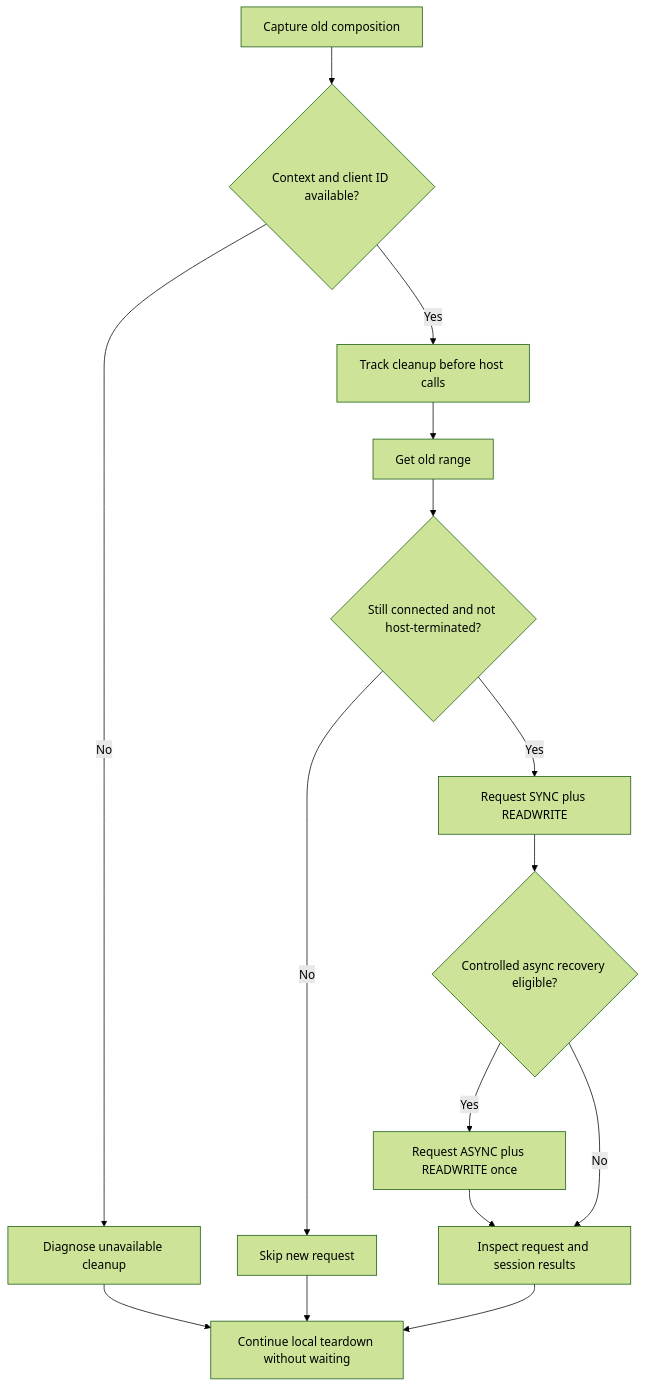
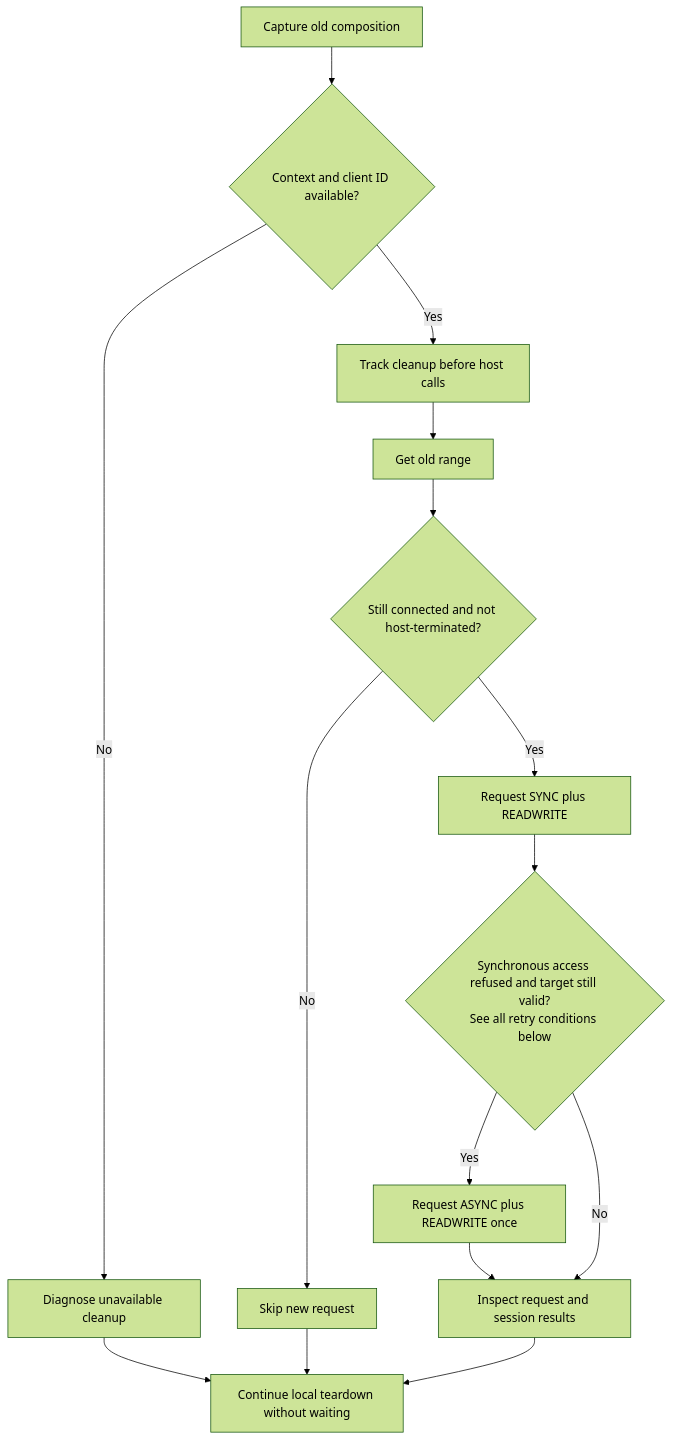
The fourth of 7 diagrams in docs/composition.md (cloudfyy/qiqiime), drawn with Mermaid (forest theme) before and after one commit. The commit also changed other lines of this file, not shown here.

````diff
--- a/docs/composition.md
+++ b/docs/composition.md
@@ -364,17 +368,17 @@
 ```mermaid
 flowchart TD
     Capture["Capture old composition"] --> Available{"Context and client ID available?"}
     Available -->|No| Unavailable["Diagnose unavailable cleanup"]
     Available -->|Yes| Track["Track cleanup before host calls"]
     Track --> Range["Get old range"]
     Range --> Connected{"Still connected and not host-terminated?"}
     Connected -->|No| Skip["Skip new request"]
     Connected -->|Yes| Sync["Request SYNC plus READWRITE"]
-    Sync --> Recover{"Controlled async recovery eligible?"}
+    Sync --> Recover{"Synchronous access refused and target still valid?<br/>See all retry conditions below"}
     Recover -->|Yes| Async["Request ASYNC plus READWRITE once"]
     Recover -->|No| Result["Inspect request and session results"]
     Async --> Result
     Skip --> Local["Continue local teardown without waiting"]
     Unavailable --> Local
     Result --> Local
 ```
````
